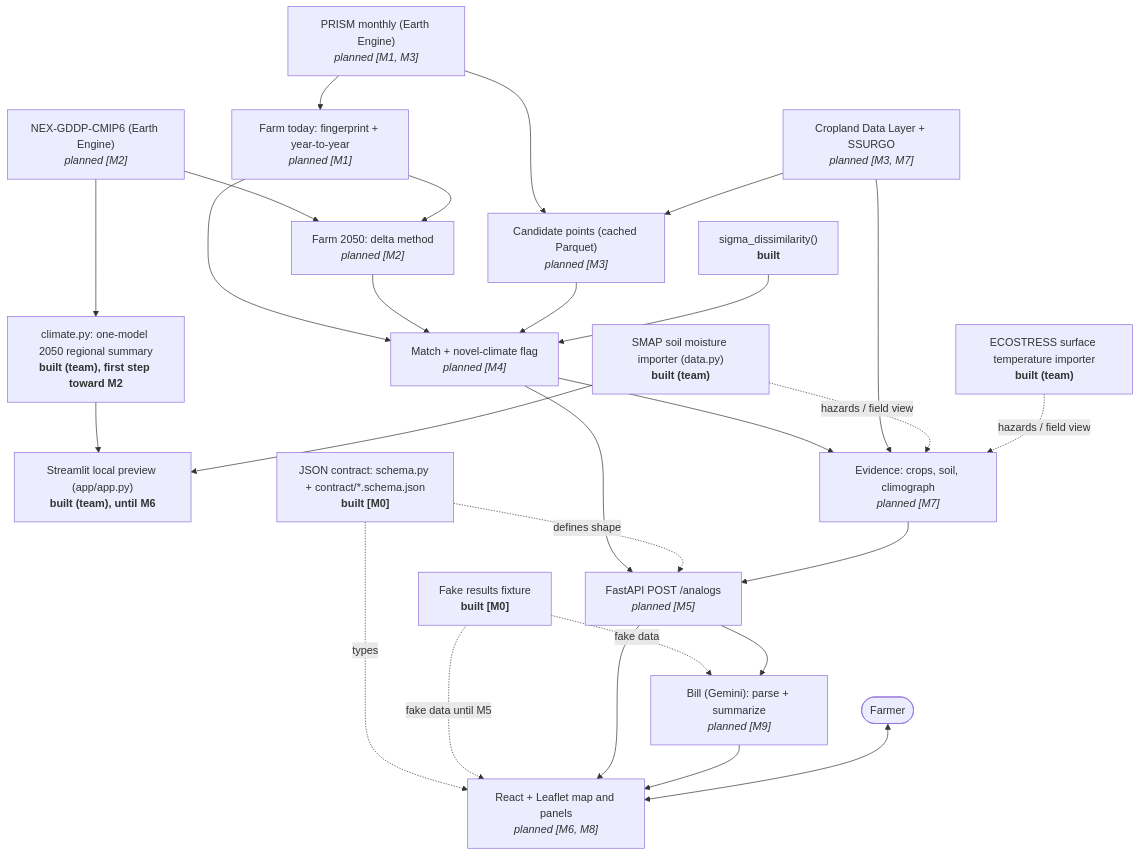
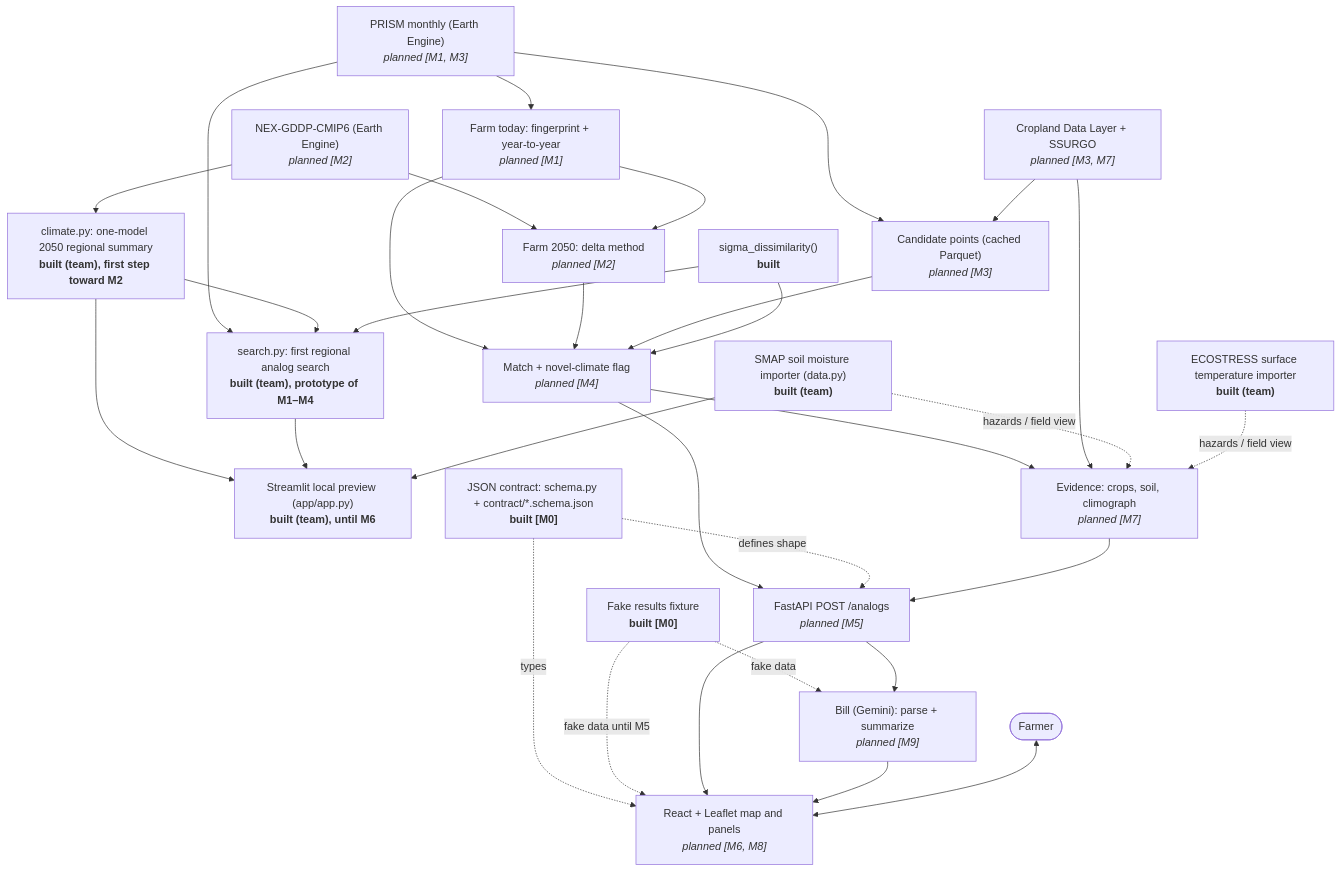
The diagram in docs/ARCHITECTURE.md (trafwel/farm-analog), drawn with Mermaid before and after one commit. The commit also changed other lines of this file and 3 other files, not shown here.

First line of the commit message:
Record the team's analog search in the M0 docs and fix README markers

````diff
--- a/docs/ARCHITECTURE.md
+++ b/docs/ARCHITECTURE.md
@@ -7,51 +7,56 @@
 ```mermaid
 flowchart TD
     PRISM["PRISM monthly (Earth Engine)<br/><i>planned [M1, M3]</i>"]
     CMIP["NEX-GDDP-CMIP6 (Earth Engine)<br/><i>planned [M2]</i>"]
     CDL["Cropland Data Layer + SSURGO<br/><i>planned [M3, M7]</i>"]
     SMAP["SMAP soil moisture importer (data.py)<br/><b>built (team)</b>"]
     ECO["ECOSTRESS surface temperature importer<br/><b>built (team)</b>"]
     CLIM["climate.py: one-model 2050 regional summary<br/><b>built (team), first step toward M2</b>"]
     PREVIEW["Streamlit local preview (app/app.py)<br/><b>built (team), until M6</b>"]
+    SEARCH["search.py: first regional analog search<br/><b>built (team), prototype of M1–M4</b>"]
 
     FT["Farm today: fingerprint + year-to-year<br/><i>planned [M1]</i>"]
     F50["Farm 2050: delta method<br/><i>planned [M2]</i>"]
     CAND["Candidate points (cached Parquet)<br/><i>planned [M3]</i>"]
     SIGMA["sigma_dissimilarity()<br/><b>built</b>"]
     MATCH["Match + novel-climate flag<br/><i>planned [M4]</i>"]
     EVID["Evidence: crops, soil, climograph<br/><i>planned [M7]</i>"]
 
     CONTRACT["JSON contract: schema.py + contract/*.schema.json<br/><b>built [M0]</b>"]
     FIX["Fake results fixture<br/><b>built [M0]</b>"]
     API["FastAPI POST /analogs<br/><i>planned [M5]</i>"]
     UI["React + Leaflet map and panels<br/><i>planned [M6, M8]</i>"]
     BILL["Bill (Gemini): parse + summarize<br/><i>planned [M9]</i>"]
     FARMER(["Farmer"])
 
     PRISM --> FT
     PRISM --> CAND
     CMIP --> F50
     FT --> F50
     CDL --> CAND
     FT --> MATCH
     F50 --> MATCH
     CAND --> MATCH
     SIGMA --> MATCH
     MATCH --> EVID
     CDL --> EVID
     MATCH --> API
     CMIP --> CLIM
     CLIM --> PREVIEW
+    PRISM --> SEARCH
+    CLIM --> SEARCH
+    SIGMA --> SEARCH
+    SEARCH --> PREVIEW
     SMAP --> PREVIEW
     SMAP -. hazards / field view .-> EVID
     ECO -. hazards / field view .-> EVID
     CONTRACT -. defines shape .-> API
     CONTRACT -. types .-> UI
     FIX -. fake data until M5 .-> UI
     FIX -. fake data .-> BILL
     EVID --> API
     API --> UI
     API --> BILL
     BILL --> UI
     FARMER <--> UI
 ```
````
